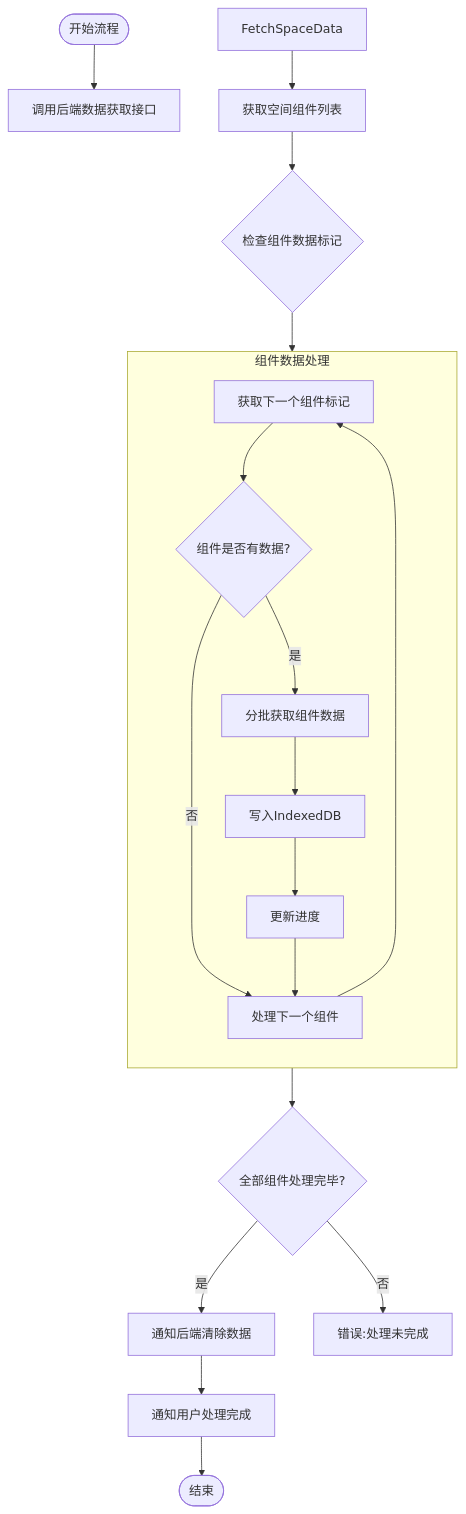
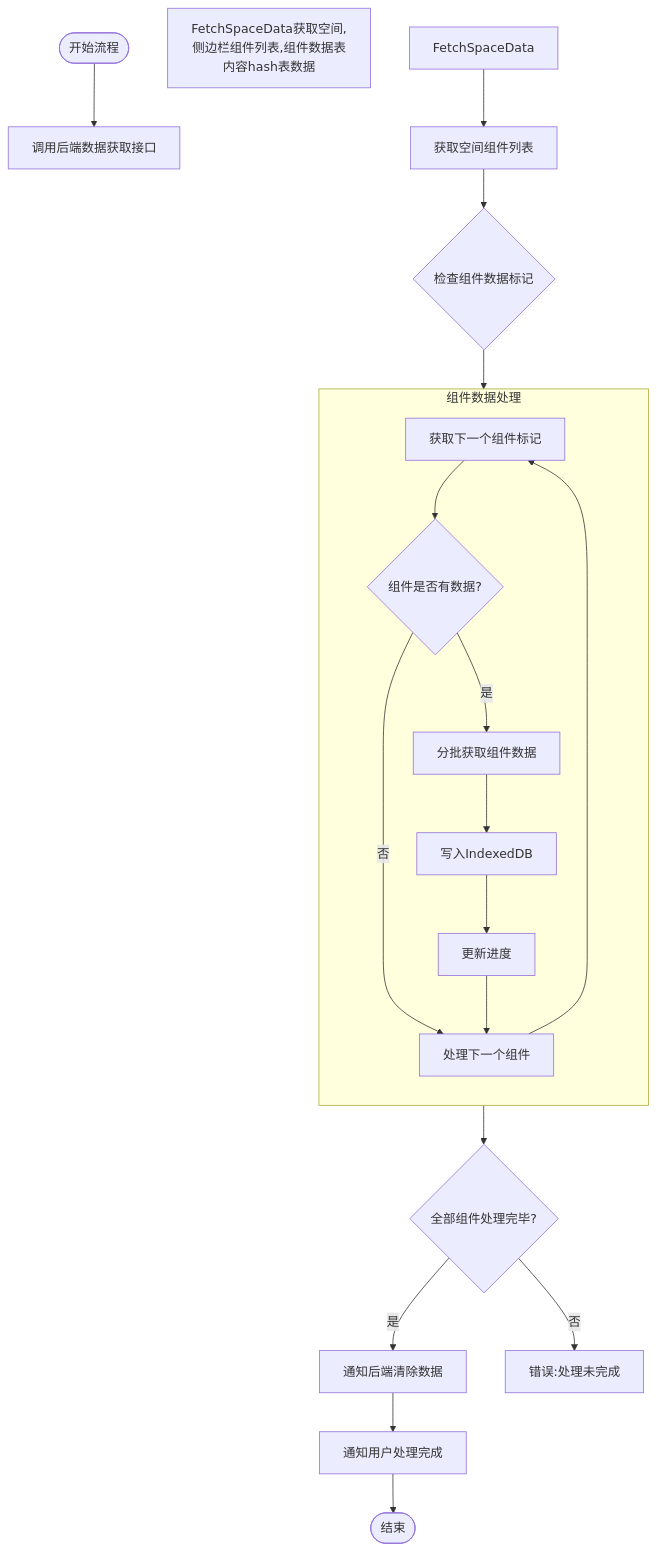
One commit to yingjianzh/iodraw-files changed the diagram in all/未命名-59.md. Above: the diagram before and after it, drawn with Mermaid.

Commit message:
2025-05-14 14:48:14 update

````diff
--- a/all/未命名-59.md
+++ b/all/未命名-59.md
@@ -1,29 +1,29 @@
 ```mermaid
 
 flowchart TD
     Start([开始流程]) --> FetchData[调用后端数据获取接口]
-    
+    FetchSpaceData获取空间,侧边栏组件列表,组件数据表内容hash表数据
     FetchSpaceData --> FetchComponentList[获取空间组件列表]
     FetchComponentList --> CheckComponentData{检查组件数据标记}
     
     subgraph ComponentProcess [组件数据处理]
         direction TB
         A[获取下一个组件标记] --> B{组件是否有数据?}
         B -->|否| NextComponent[处理下一个组件]
         B -->|是| C[分批获取组件数据]
         C --> D[写入IndexedDB]
         D --> UpdateProgress[更新进度]
         UpdateProgress --> NextComponent
         NextComponent --> A
     end
     
     CheckComponentData --> ComponentProcess
     ComponentProcess --> AllComponentsProcessed{全部组件处理完毕?}
     
     AllComponentsProcessed -->|是| ClearServerData[通知后端清除数据]
     AllComponentsProcessed -->|否| Error3[错误:处理未完成]
     
     ClearServerData --> CompletionNotification[通知用户处理完成]
     CompletionNotification --> End([结束])
 
 ```
````
